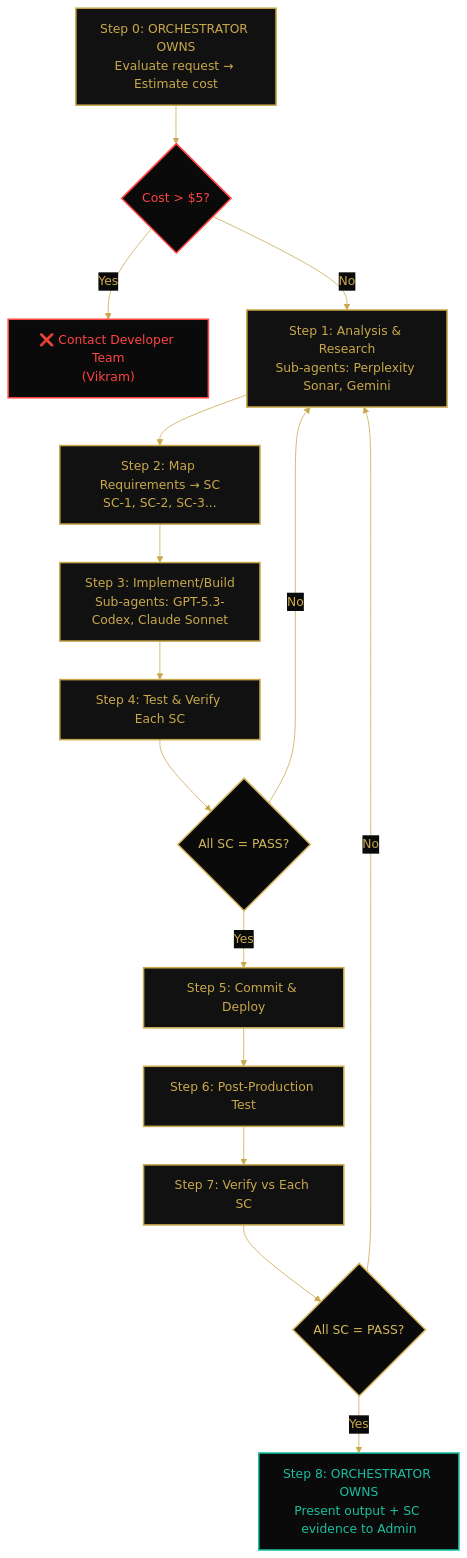
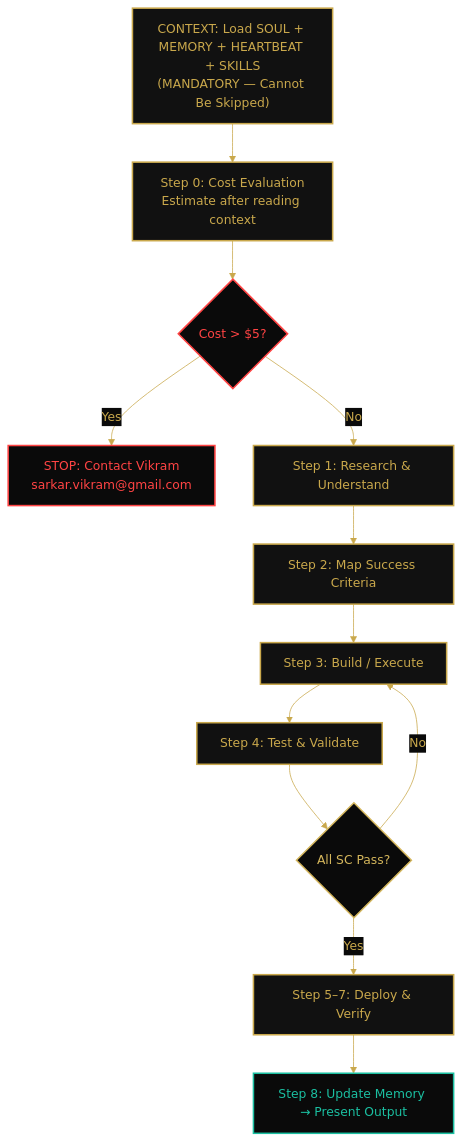
The third of 3 diagrams in README.md (Victordtesla24/abentertainment), drawn with Mermaid before and after one commit. The commit also changed other lines of this file and 1 other file, not shown here.

````diff
--- a/README.md
+++ b/README.md
@@ -132,25 +259,22 @@
 ```mermaid
 %%{init: {'theme': 'base', 'themeVariables': { 'primaryColor': '#0A0A0A', 'primaryTextColor': '#C9A84C', 'primaryBorderColor': '#C9A84C', 'lineColor': '#C9A84C'}}}%%
 flowchart TD
     classDef step fill:#111111,stroke:#C9A84C,stroke-width:2px,color:#C9A84C;
-    classDef decision fill:#0A0A0A,stroke:#D4B65C,stroke-width:2px,color:#D4B65C;
     classDef gate fill:#0A0A0A,stroke:#ff4444,stroke-width:2px,color:#ff4444;
     classDef done fill:#0A0A0A,stroke:#1BBFA1,stroke-width:2px,color:#1BBFA1;
+    classDef decision fill:#0A0A0A,stroke:#D4B65C,stroke-width:2px,color:#D4B65C;
 
-    S0["Step 0: ORCHESTRATOR OWNS<br/>Evaluate request → Estimate cost"]:::step
-    COST{"Cost > $5?"}:::gate
-    S0 --> COST
-    COST -->|Yes| STOP["❌ Contact Developer Team<br/>(Vikram)"]:::gate
-    COST -->|No| S1["Step 1: Analysis & Research<br/>Sub-agents: Perplexity Sonar, Gemini"]:::step
-    S1 --> S2["Step 2: Map Requirements → SC<br/>SC-1, SC-2, SC-3..."]:::step
-    S2 --> S3["Step 3: Implement/Build<br/>Sub-agents: GPT-5.3-Codex, Claude Sonnet"]:::step
-    S3 --> S4["Step 4: Test & Verify Each SC"]:::step
-    S4 --> D1{"All SC = PASS?"}:::decision
-    D1 -->|No| S1
-    D1 -->|Yes| S5["Step 5: Commit & Deploy"]:::step
-    S5 --> S6["Step 6: Post-Production Test"]:::step
-    S6 --> S7["Step 7: Verify vs Each SC"]:::step
-    S7 --> D2{"All SC = PASS?"}:::decision
-    D2 -->|No| S1
-    D2 -->|Yes| S8["Step 8: ORCHESTRATOR OWNS<br/>Present output + SC evidence to Admin"]:::done
+    CTX["CONTEXT: Load SOUL + MEMORY + HEARTBEAT + SKILLS<br/>(MANDATORY — Cannot Be Skipped)"]:::step
+    CTX --> S0
+    S0["Step 0: Cost Evaluation<br/>Estimate after reading context"]:::step
+    S0 --> COST{"Cost > $5?"}:::gate
+    COST -->|Yes| STOP["STOP: Contact Vikram<br/>sarkar.vikram@gmail.com"]:::gate
+    COST -->|No| S1["Step 1: Research & Understand"]:::step
+    S1 --> S2["Step 2: Map Success Criteria"]:::step
+    S2 --> S3["Step 3: Build / Execute"]:::step
+    S3 --> S4["Step 4: Test & Validate"]:::step
+    S4 --> D1{"All SC Pass?"}:::decision
+    D1 -->|No| S3
+    D1 -->|Yes| S5["Step 5–7: Deploy & Verify"]:::step
+    S5 --> S8["Step 8: Update Memory → Present Output"]:::done
 ```
````
